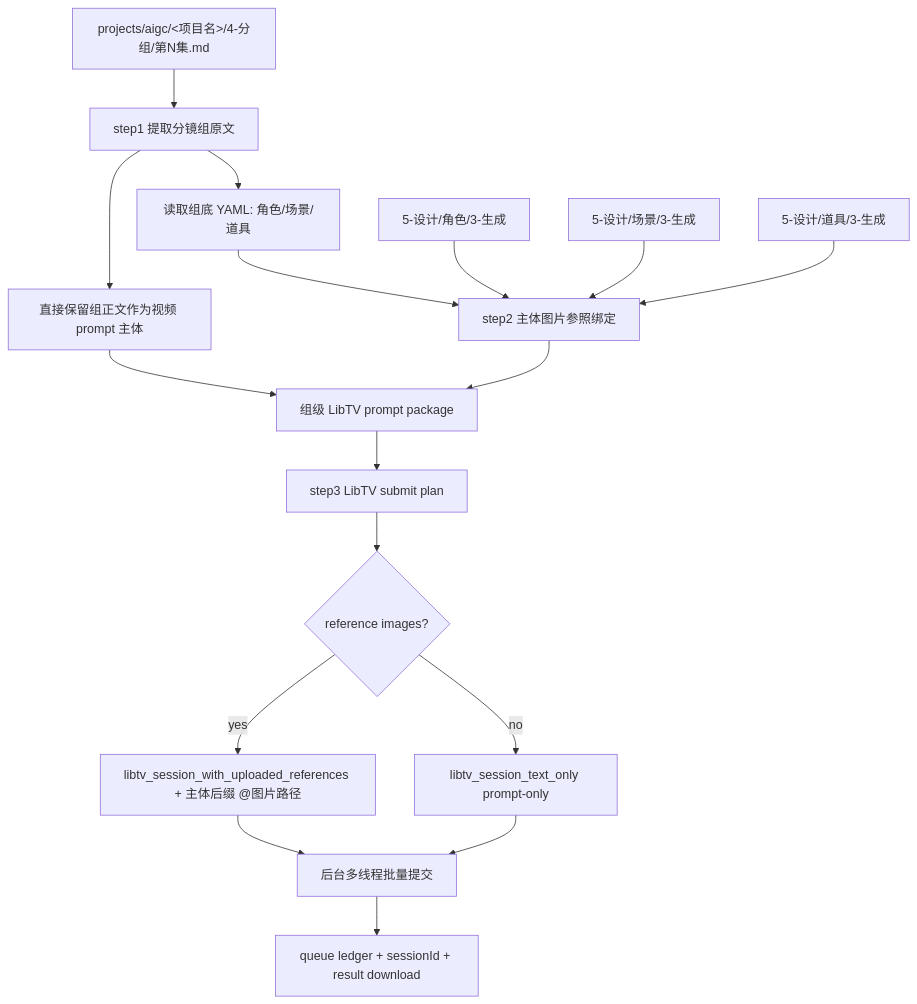
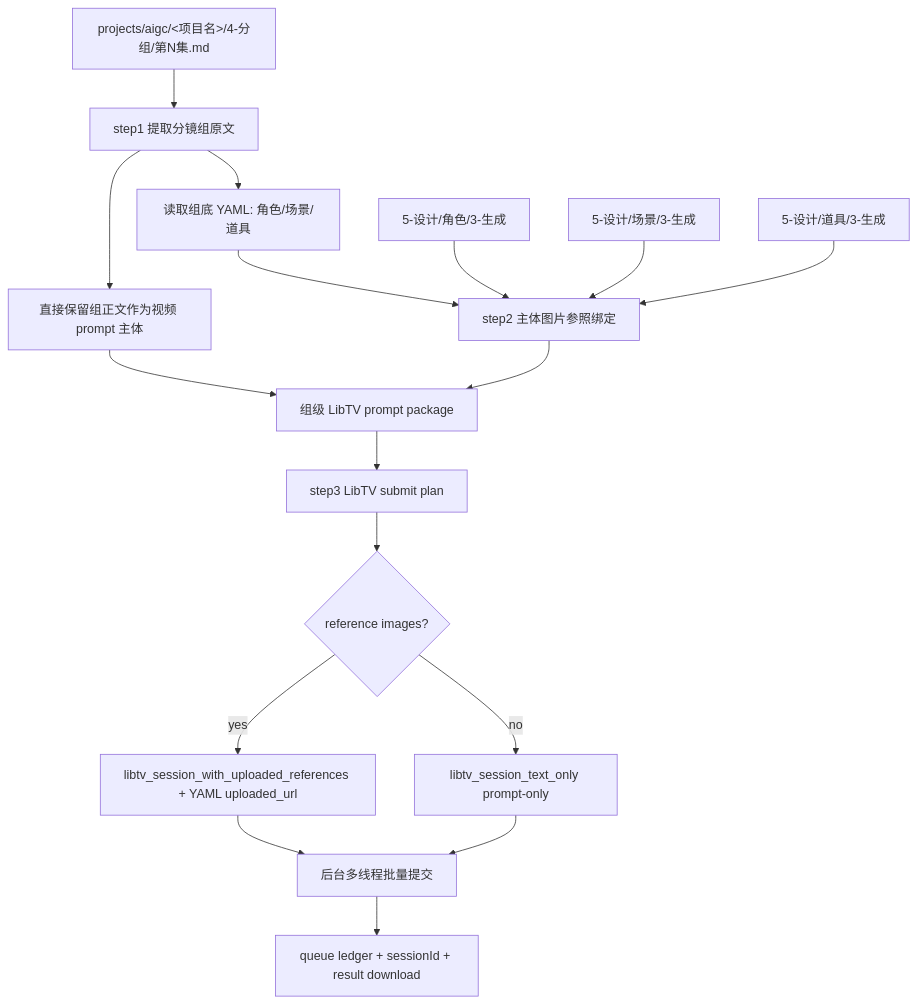
One commit to ZEN-VOID/AI-CUT changed the first of 2 diagrams in .agents/skills/aigc/7-视频/C-主体参照/SKILL.md. Above: the diagram before and after it, drawn with Mermaid. The commit also changed other lines of this file and 129 other files, not shown here.

````diff
--- a/.agents/skills/aigc/7-视频/C-主体参照/SKILL.md
+++ b/.agents/skills/aigc/7-视频/C-主体参照/SKILL.md
@@ -129,19 +132,19 @@
 ```mermaid
 flowchart TD
     A["projects/aigc/<项目名>/4-分组/第N集.md"] --> B["step1 提取分镜组原文"]
     B --> C["直接保留组正文作为视频 prompt 主体"]
     B --> D["读取组底 YAML: 角色/场景/道具"]
     D --> E["step2 主体图片参照绑定"]
     F["5-设计/角色/3-生成"] --> E
     G["5-设计/场景/3-生成"] --> E
     H["5-设计/道具/3-生成"] --> E
     C --> I["组级 LibTV prompt package"]
     E --> I
     I --> J["step3 LibTV submit plan"]
     J --> K{"reference images?"}
-    K -->|"yes"| L["libtv_session_with_uploaded_references + 主体后缀 @图片路径"]
+    K -->|"yes"| L["libtv_session_with_uploaded_references + YAML uploaded_url"]
     K -->|"no"| M["libtv_session_text_only prompt-only"]
     L --> N["后台多线程批量提交"]
     M --> N
     N --> O["queue ledger + sessionId + result download"]
 ```
````
